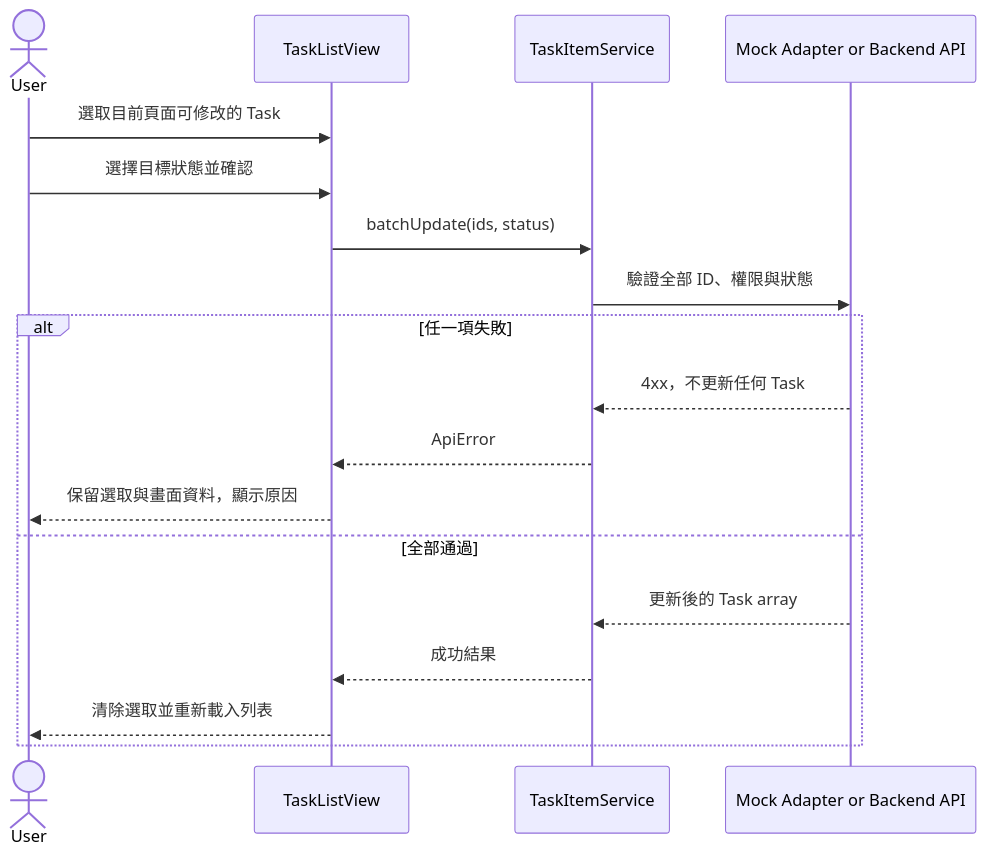
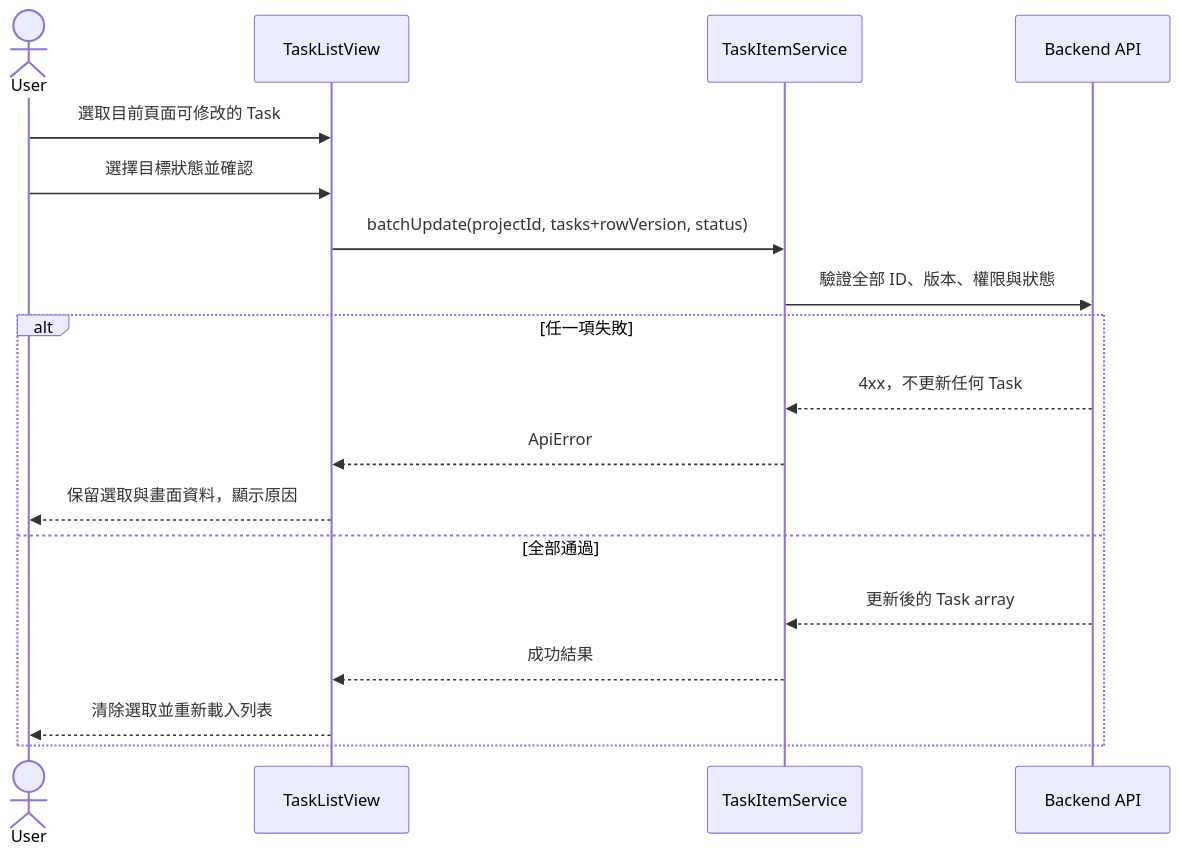
One commit to JJDing-Louis/ProjectManagementWeb_FrontEnd changed the third of 3 diagrams in docs/Architecture.md. Above: the diagram before and after it, drawn with Mermaid. The commit also changed other lines of this file and 31 other files, not shown here.

````diff
--- a/docs/Architecture.md
+++ b/docs/Architecture.md
@@ -116,21 +118,21 @@
 ```mermaid
 sequenceDiagram
     actor User
     participant View as TaskListView
     participant Service as TaskItemService
-    participant Backend as Mock Adapter or Backend API
+    participant Backend as Backend API
 
     User->>View: 選取目前頁面可修改的 Task
     User->>View: 選擇目標狀態並確認
-    View->>Service: batchUpdate(ids, status)
-    Service->>Backend: 驗證全部 ID、權限與狀態
+    View->>Service: batchUpdate(projectId, tasks+rowVersion, status)
+    Service->>Backend: 驗證全部 ID、版本、權限與狀態
     alt 任一項失敗
         Backend-->>Service: 4xx，不更新任何 Task
         Service-->>View: ApiError
         View-->>User: 保留選取與畫面資料，顯示原因
     else 全部通過
         Backend-->>Service: 更新後的 Task array
         Service-->>View: 成功結果
         View-->>User: 清除選取並重新載入列表
     end
 ```
````
